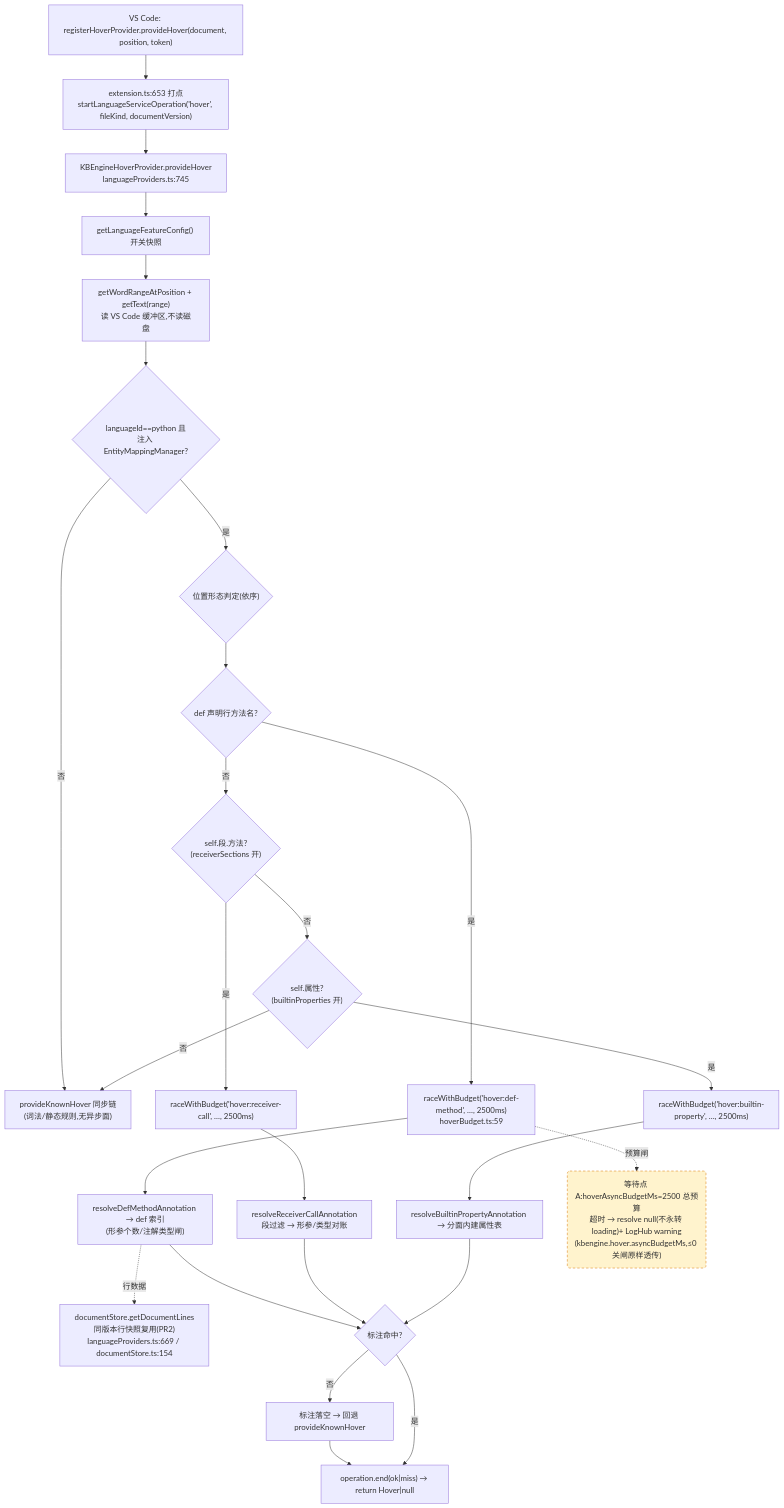
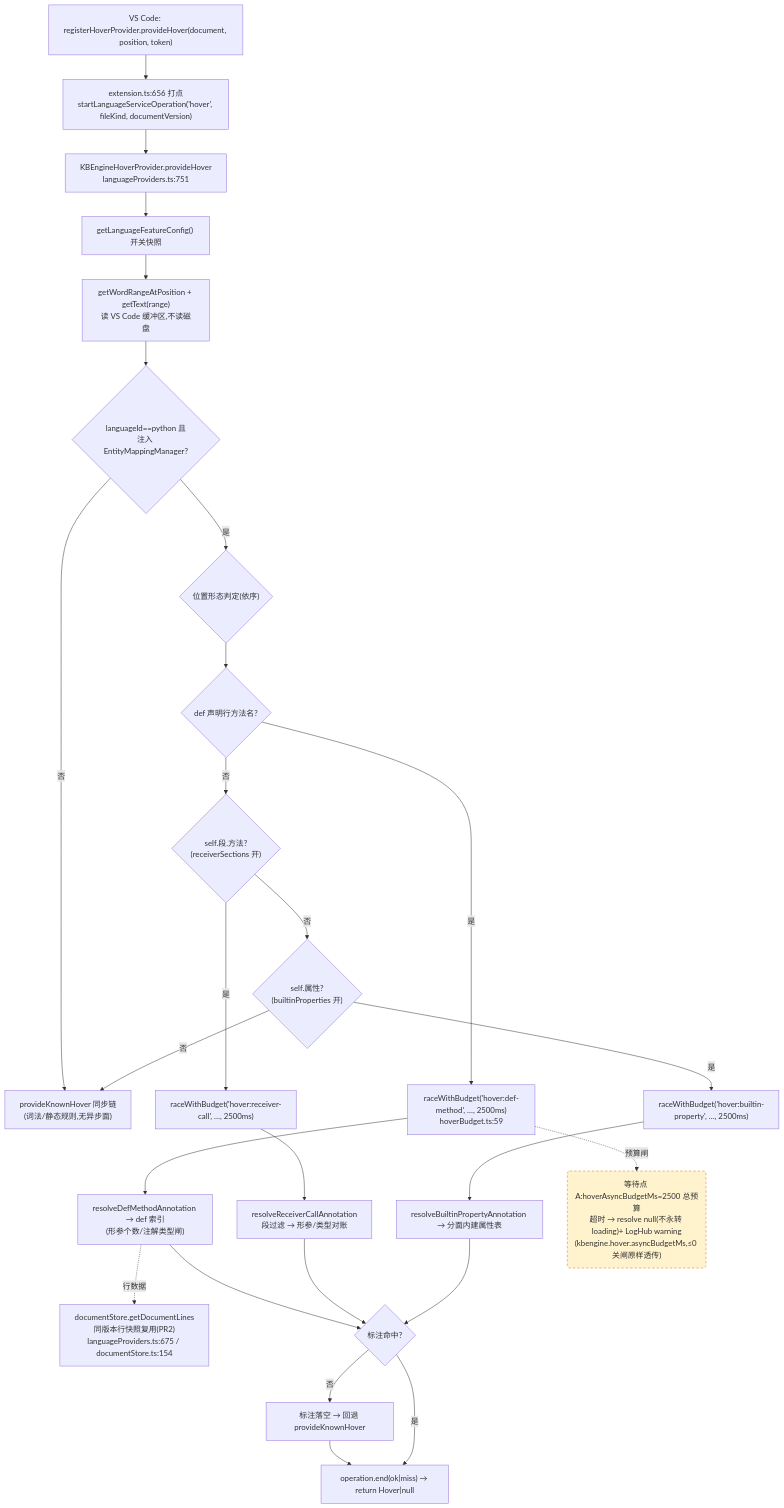
One commit to cuihairu/kode changed the first of 4 diagrams in docs/perf/2026-baseline.md. Above: the diagram before and after it, drawn with Mermaid. The commit also changed other lines of this file and 9 other files, not shown here.

````diff
--- a/docs/perf/2026-baseline.md
+++ b/docs/perf/2026-baseline.md
@@ -82,45 +82,45 @@
 ```mermaid
 flowchart TD
   VC1["VS Code: registerHoverProvider.provideHover(document, position, token)"]
-  M1["extension.ts:653 打点<br/>startLanguageServiceOperation('hover', fileKind, documentVersion)"]
-  HP["KBEngineHoverProvider.provideHover<br/>languageProviders.ts:745"]
+  M1["extension.ts:656 打点<br/>startLanguageServiceOperation('hover', fileKind, documentVersion)"]
+  HP["KBEngineHoverProvider.provideHover<br/>languageProviders.ts:751"]
   CFG["getLanguageFeatureConfig() 开关快照"]
   WORD["getWordRangeAtPosition + getText(range)<br/>读 VS Code 缓冲区,不读磁盘"]
   BR{"languageId==python 且<br/>注入 EntityMappingManager?"}
   KN["provideKnownHover 同步链<br/>(词法/静态规则,无异步面)"]
   POS{"位置形态判定(依序)"}
   D1{"def 声明行方法名?"}
   D2{"self.段.方法?<br/>(receiverSections 开)"}
   D3{"self.属性?<br/>(builtinProperties 开)"}
   RA1["raceWithBudget('hover:def-method', …, 2500ms)<br/>hoverBudget.ts:59"]
   RA2["raceWithBudget('hover:receiver-call', …, 2500ms)"]
   RA3["raceWithBudget('hover:builtin-property', …, 2500ms)"]
   RS1["resolveDefMethodAnnotation → def 索引<br/>(形参个数/注解类型闸)"]
   RS2["resolveReceiverCallAnnotation<br/>段过滤 → 形参/类型对账"]
   RS3["resolveBuiltinPropertyAnnotation → 分面内建属性表"]
-  LINES["documentStore.getDocumentLines<br/>同版本行快照复用(PR2)<br/>languageProviders.ts:669 / documentStore.ts:154"]
+  LINES["documentStore.getDocumentLines<br/>同版本行快照复用(PR2)<br/>languageProviders.ts:675 / documentStore.ts:154"]
   MISS["标注落空 → 回退 provideKnownHover"]
   END1["operation.end(ok|miss) → return Hover|null"]
 
   VC1 --> M1 --> HP --> CFG --> WORD --> BR
   BR -- "否" --> KN
   BR -- "是" --> POS --> D1
   D1 -- "是" --> RA1 --> RS1
   D1 -- "否" --> D2
   D2 -- "是" --> RA2 --> RS2
   D2 -- "否" --> D3
   D3 -- "是" --> RA3 --> RS3
   D3 -- "否" --> KN
   RS1 --> HIT{"标注命中?"}
   RS2 --> HIT
   RS3 --> HIT
   RS1 -.->|行数据| LINES
   HIT -- "否" --> MISS --> END1
   HIT -- "是" --> END1
 
   WAITA("等待点 A:hoverAsyncBudgetMs=2500 总预算<br/>超时 → resolve null(不永转 loading)+ LogHub warning<br/>(kbengine.hover.asyncBudgetMs,≤0 关闸原样透传)")
   RA1 -.->|预算闸| WAITA
 
   classDef waitPoint fill:#fff3cd,stroke:#d97706,stroke-dasharray:5 4;
   class WAITA waitPoint;
 ```
````
